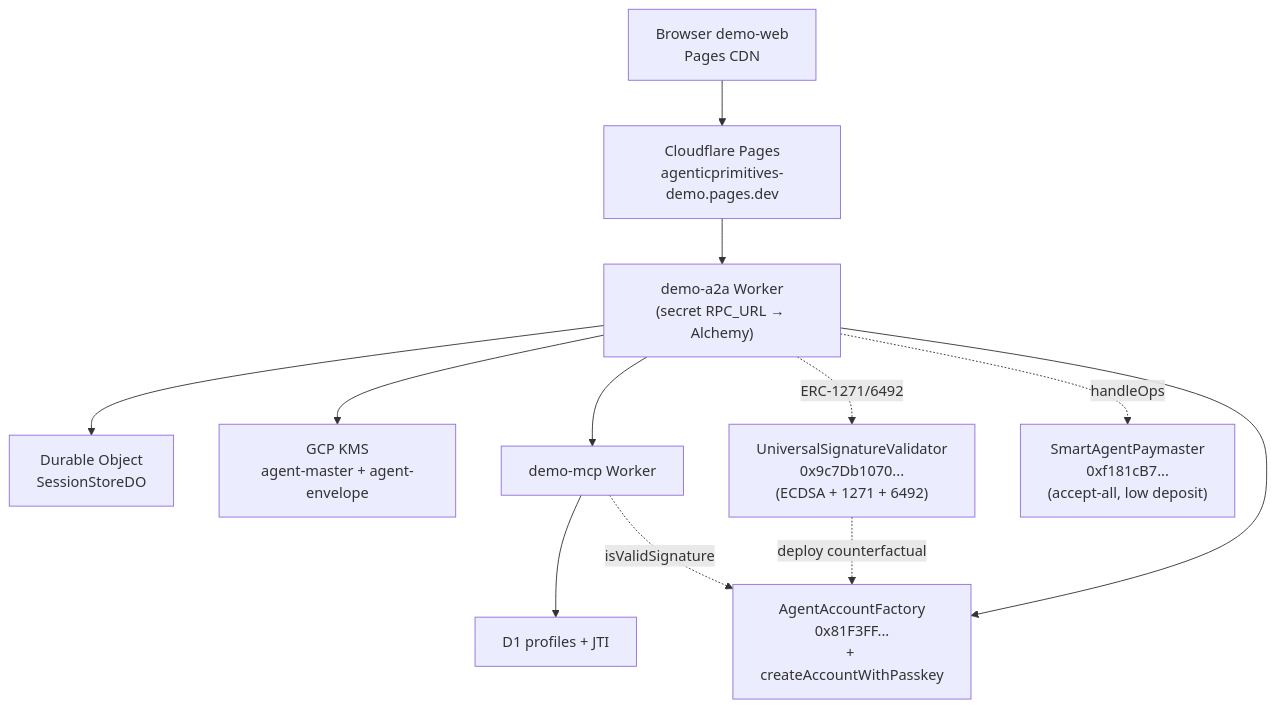
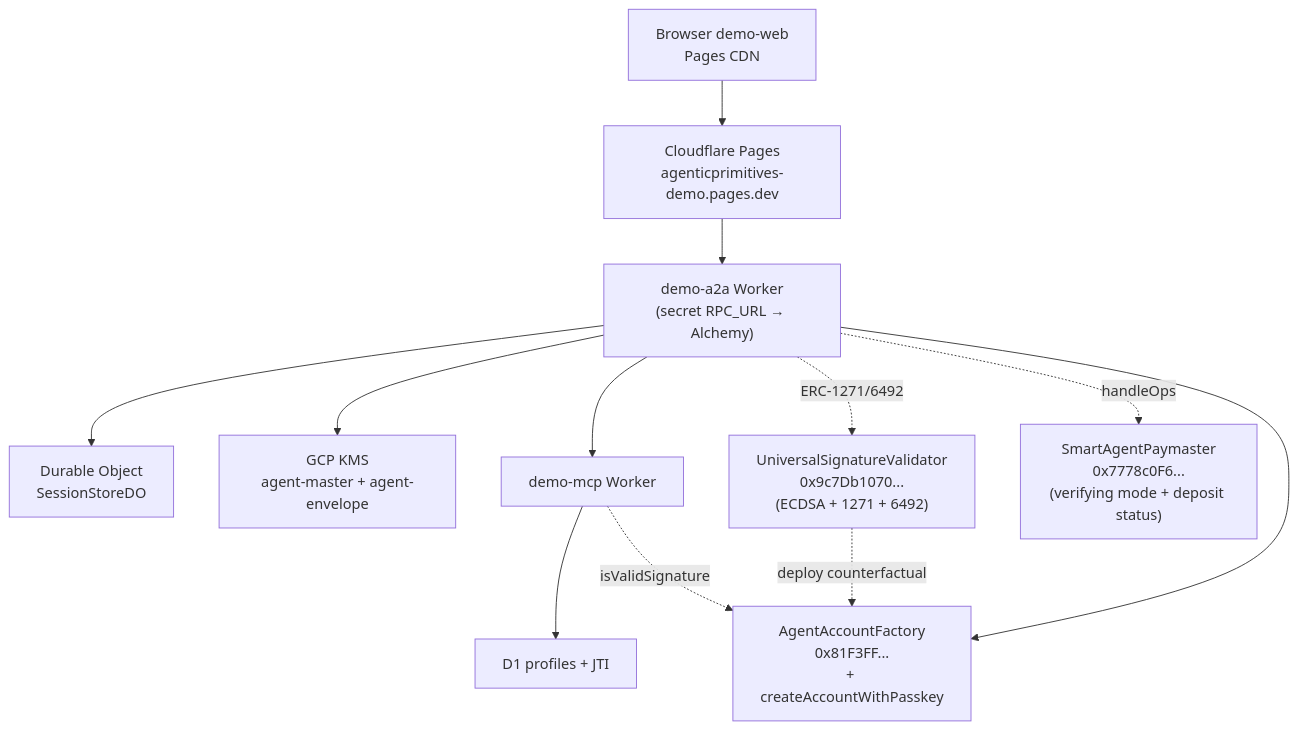
The second of 2 diagrams in docs/architecture/product-readiness-audit.md (rpedersen3/agenticprimitives-6-17-26), drawn with Mermaid before and after one commit. The commit also changed other lines of this file and 8 other files, not shown here.

````diff
--- a/docs/architecture/product-readiness-audit.md
+++ b/docs/architecture/product-readiness-audit.md
@@ -142,25 +145,25 @@
 ```mermaid
 flowchart TD
   browser["Browser demo-web<br/>Pages CDN"]
   pages["Cloudflare Pages<br/>agenticprimitives-demo.pages.dev"]
   a2a["demo-a2a Worker<br/>(secret RPC_URL → Alchemy)"]
   validator["UniversalSignatureValidator<br/>0x9c7Db1070...<br/>(ECDSA + 1271 + 6492)"]
   sessions["Durable Object<br/>SessionStoreDO"]
   kms["GCP KMS<br/>agent-master + agent-envelope"]
   mcp["demo-mcp Worker"]
   d1["D1 profiles + JTI"]
   factory["AgentAccountFactory<br/>0x81F3FF...<br/>+ createAccountWithPasskey"]
-  paymaster["SmartAgentPaymaster<br/>0xf181cB7...<br/>(accept-all, low deposit)"]
+  paymaster["SmartAgentPaymaster<br/>0x7778c0F6...<br/>(verifying mode + deposit status)"]
 
   browser --> pages
   pages --> a2a
   a2a --> sessions
   a2a --> kms
   a2a --> mcp
   mcp --> d1
   a2a -.ERC-1271/6492.-> validator
   validator -.deploy counterfactual.-> factory
   a2a -.handleOps.-> paymaster
   a2a --> factory
   mcp -.isValidSignature.-> factory
 ```
````
